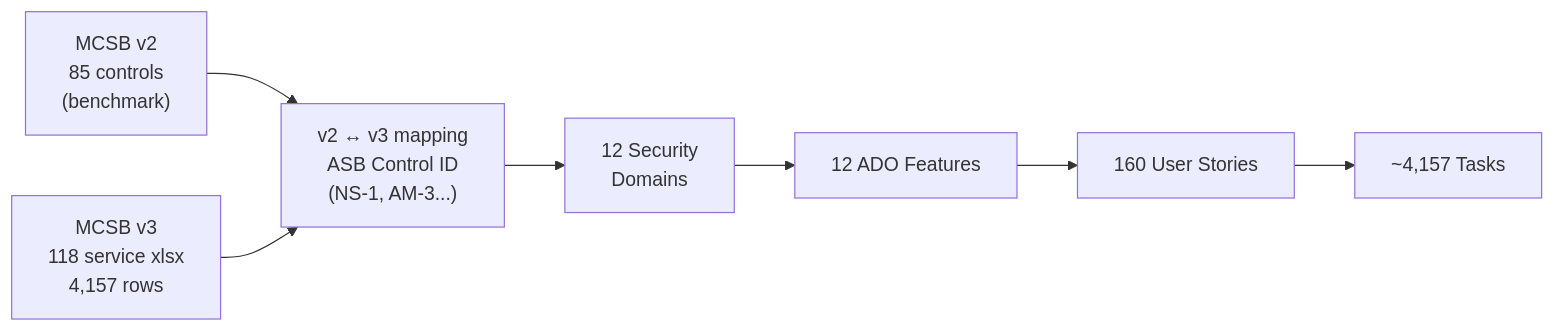
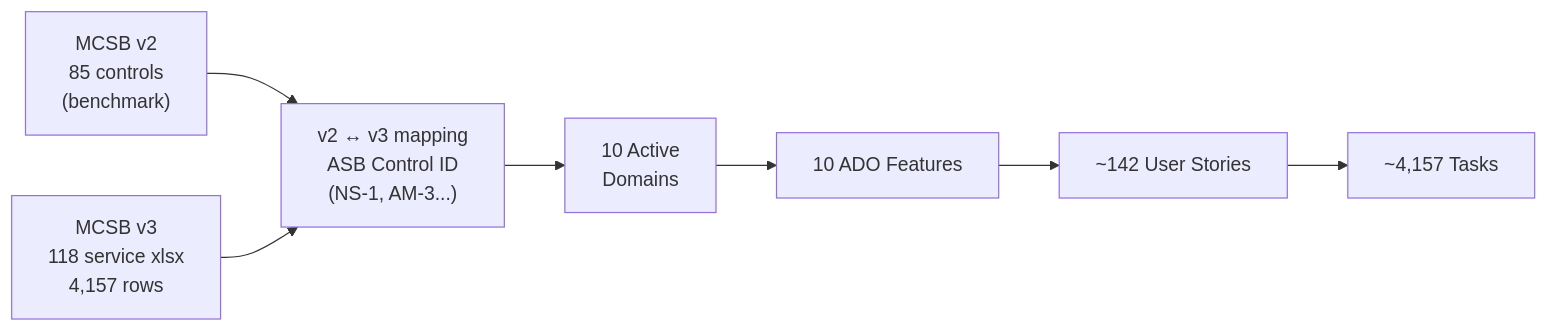
One commit to jfcanon/gps changed the first of 2 diagrams in ado/wiki/delivery-approach.md. Above: the diagram before and after it, drawn with Mermaid. The commit also changed other lines of this file and 2 other files, not shown here.

````diff
--- a/ado/wiki/delivery-approach.md
+++ b/ado/wiki/delivery-approach.md
@@ -49,17 +57,17 @@
 ```mermaid
 flowchart LR
     V2["MCSB v2\n85 controls\n(benchmark)"]
     V3["MCSB v3\n118 service xlsx\n4,157 rows"]
     MAP["v2 ↔ v3 mapping\nASB Control ID\n(NS-1, AM-3...)"]
-    DOM["12 Security\nDomains"]
-    FEAT["12 ADO Features"]
-    US["160 User Stories"]
+    DOM["10 Active\nDomains"]
+    FEAT["10 ADO Features"]
+    US["~142 User Stories"]
     TASK["~4,157 Tasks"]
 
     V2 --> MAP
     V3 --> MAP
     MAP --> DOM
     DOM --> FEAT
     FEAT --> US
     US --> TASK
 ```
````
